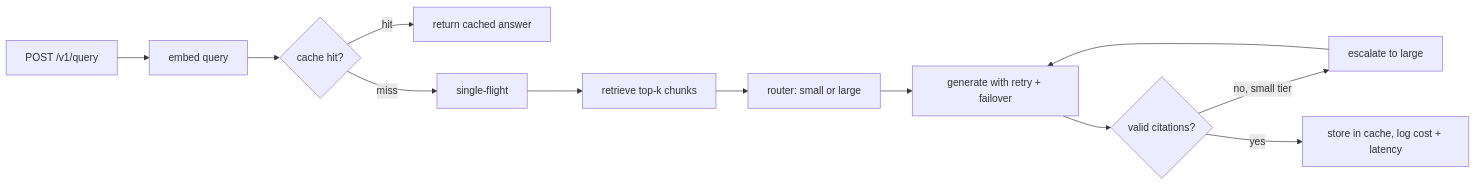
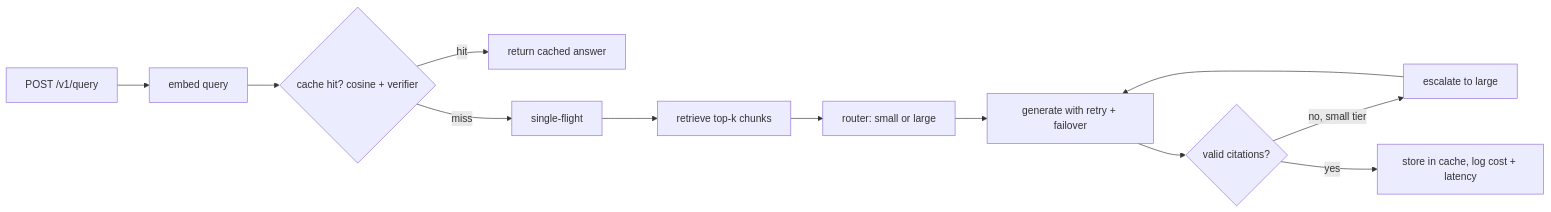
One commit to sriyaaa2003/semantic-cache-rag-router changed the diagram in README.md. Above: the diagram before and after it, drawn with Mermaid. The commit also changed other lines of this file and 10 other files, not shown here.

Commit message:
Add second-stage cross-encoder verifier for cache hits, with evaluation on Quora Question Pairs

````diff
--- a/README.md
+++ b/README.md
@@ -30,13 +43,13 @@
 ```mermaid
 flowchart LR
   Q[POST /v1/query] --> E[embed query]
-  E --> C{cache hit?}
+  E --> C{cache hit? cosine + verifier}
   C -- hit --> R[return cached answer]
   C -- miss --> SF[single-flight]
   SF --> RET[retrieve top-k chunks]
   RET --> RT[router: small or large]
   RT --> G[generate with retry + failover]
   G --> V{valid citations?}
   V -- no, small tier --> ESC[escalate to large] --> G
   V -- yes --> S[store in cache, log cost + latency]
 ```
````
